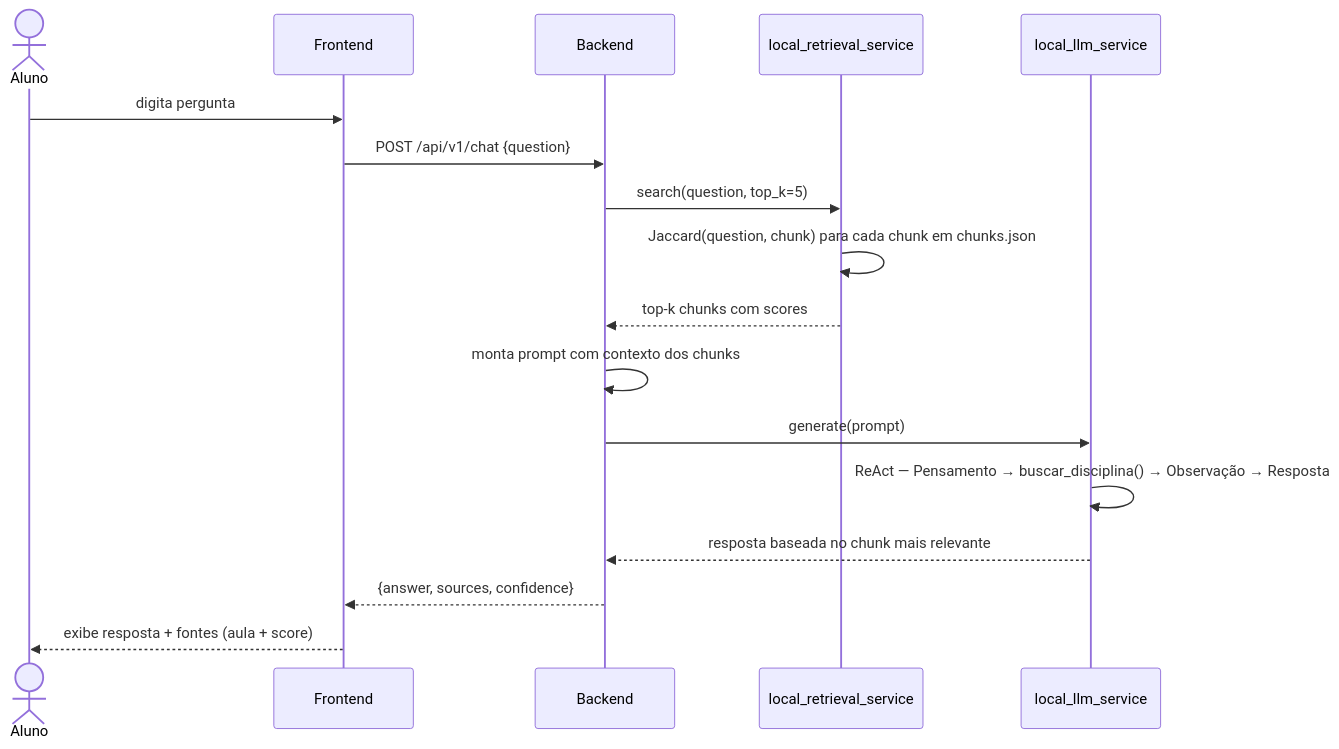
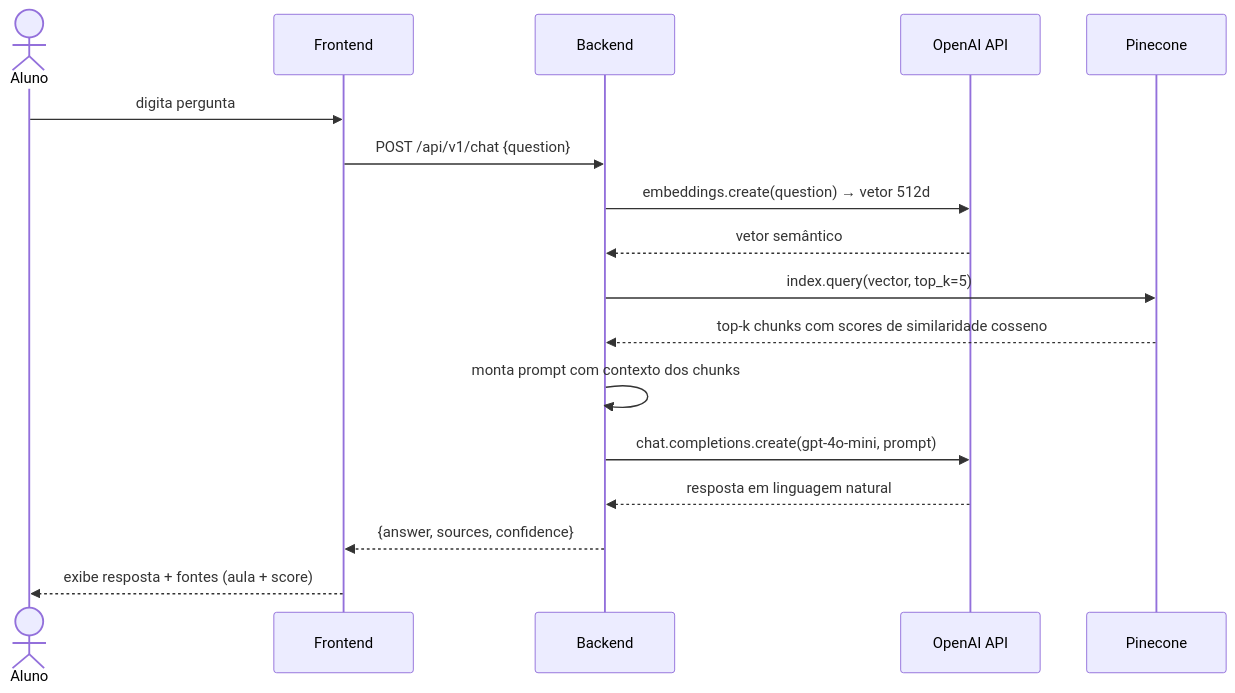
One commit to John-Rocha/projeto-ia-unifap changed the second of 3 diagrams in README.md. Above: the diagram before and after it, drawn with Mermaid. The commit also changed other lines of this file, not shown here.

Commit message:
feat: update architecture and ingestion process to integrate OpenAI and Pinecone services

````diff
--- a/README.md
+++ b/README.md
@@ -76,20 +75,20 @@
 ```mermaid
 sequenceDiagram
     actor Aluno
     participant FE as Frontend
     participant BE as Backend
-    participant RET as local_retrieval_service
-    participant LLM as local_llm_service
+    participant OAI as OpenAI API
+    participant PIN as Pinecone
 
     Aluno->>FE: digita pergunta
     FE->>BE: POST /api/v1/chat {question}
-    BE->>RET: search(question, top_k=5)
-    RET->>RET: Jaccard(question, chunk) para cada chunk em chunks.json
-    RET-->>BE: top-k chunks com scores
+    BE->>OAI: embeddings.create(question) → vetor 512d
+    OAI-->>BE: vetor semântico
+    BE->>PIN: index.query(vector, top_k=5)
+    PIN-->>BE: top-k chunks com scores de similaridade cosseno
     BE->>BE: monta prompt com contexto dos chunks
-    BE->>LLM: generate(prompt)
-    LLM->>LLM: ReAct — Pensamento → buscar_disciplina() → Observação → Resposta
-    LLM-->>BE: resposta baseada no chunk mais relevante
+    BE->>OAI: chat.completions.create(gpt-4o-mini, prompt)
+    OAI-->>BE: resposta em linguagem natural
     BE-->>FE: {answer, sources, confidence}
     FE-->>Aluno: exibe resposta + fontes (aula + score)
 ```
````
